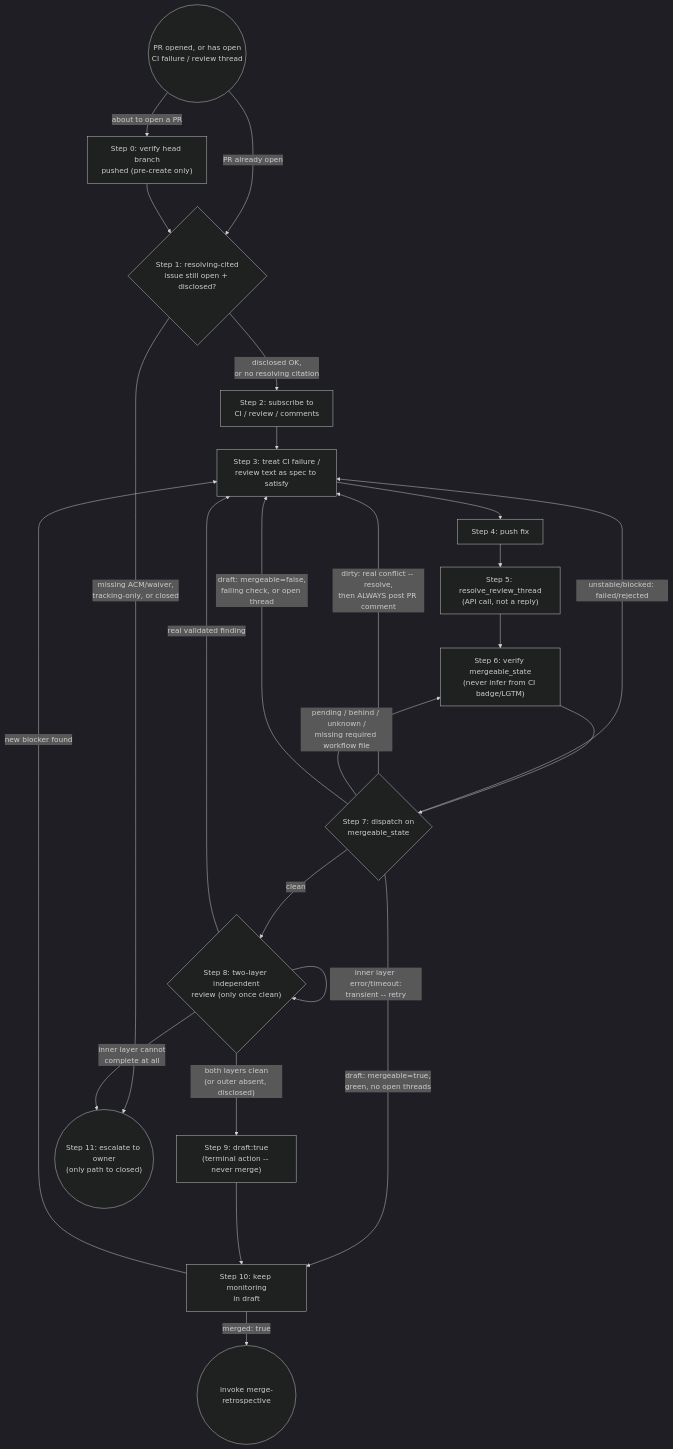
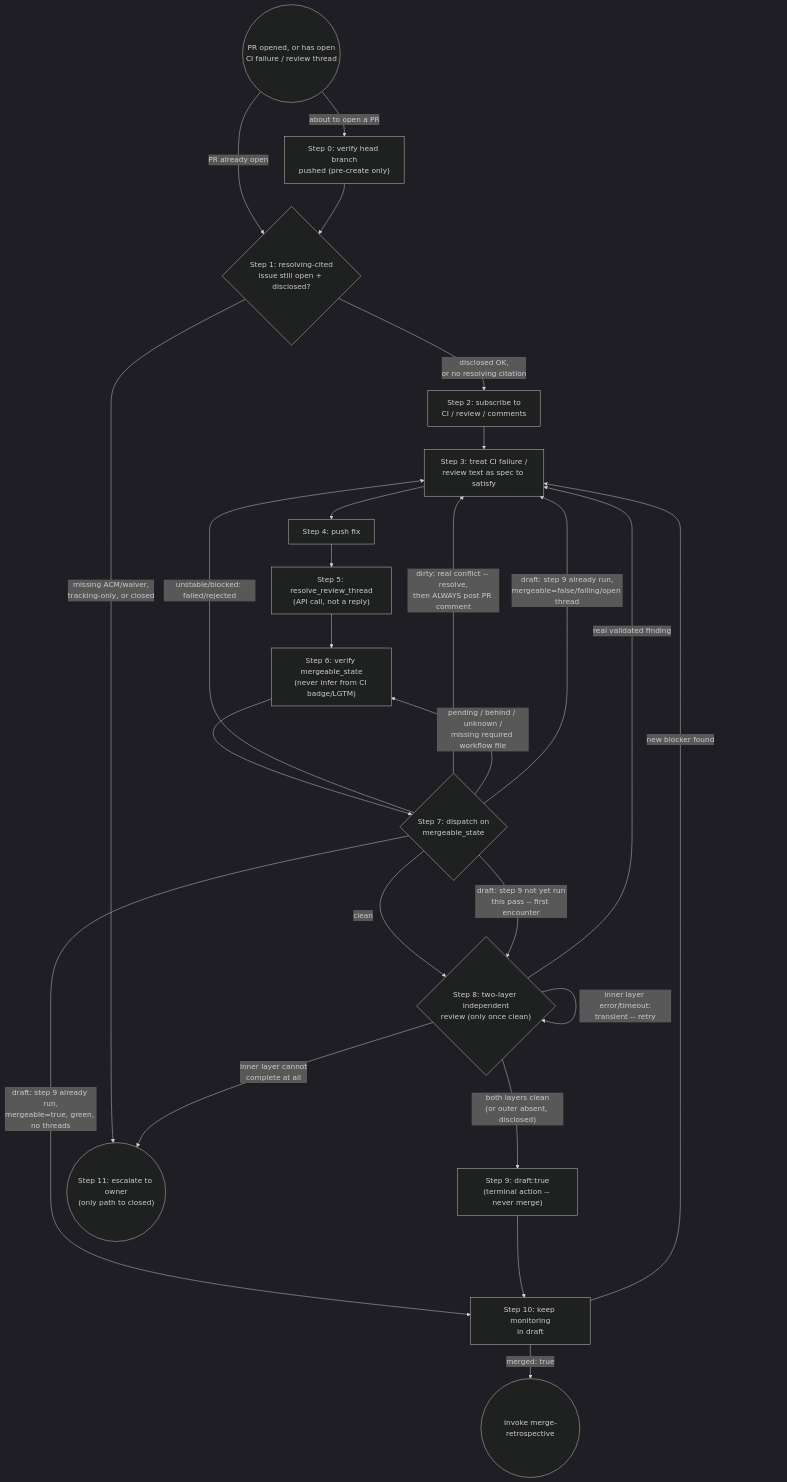
One commit to tvna/gitapex changed the diagram in skills/drafting-a-pr-to-merge/SKILL.md. Above: the diagram before and after it, drawn with Mermaid (dark theme). The commit also changed other lines of this file, not shown here.

````diff
--- a/skills/drafting-a-pr-to-merge/SKILL.md
+++ b/skills/drafting-a-pr-to-merge/SKILL.md
@@ -337,37 +338,38 @@
 ```mermaid
 flowchart TD
     start(("PR opened, or has open<br/>CI failure / review thread"))
     step0["Step 0: verify head branch<br/>pushed (pre-create only)"]
     step1{"Step 1: resolving-cited<br/>issue still open + disclosed?"}
     step2["Step 2: subscribe to<br/>CI / review / comments"]
     step3["Step 3: treat CI failure /<br/>review text as spec to satisfy"]
     step4["Step 4: push fix"]
     step5["Step 5: resolve_review_thread<br/>(API call, not a reply)"]
     step6["Step 6: verify mergeable_state<br/>(never infer from CI badge/LGTM)"]
     step7{"Step 7: dispatch on<br/>mergeable_state"}
     step8{"Step 8: two-layer independent<br/>review (only once clean)"}
     step9["Step 9: draft:true<br/>(terminal action -- never merge)"]
     step10["Step 10: keep monitoring<br/>in draft"]
     step11(("Step 11: escalate to owner<br/>(only path to closed)"))
     retro(("invoke merge-retrospective"))
 
     start -->|"about to open a PR"| step0
     start -->|"PR already open"| step1
     step0 --> step1
     step1 -->|"missing ACM/waiver,<br/>tracking-only, or closed"| step11
     step1 -->|"disclosed OK,<br/>or no resolving citation"| step2
     step2 --> step3 --> step4 --> step5 --> step6 --> step7
     step7 -->|"clean"| step8
     step7 -->|"unstable/blocked: failed/rejected"| step3
     step7 -->|"dirty: real conflict -- resolve,<br/>then ALWAYS post PR comment"| step3
     step7 -->|"pending / behind / unknown /<br/>missing required workflow file"| step6
-    step7 -->|"draft: mergeable=true,<br/>green, no open threads"| step10
-    step7 -->|"draft: mergeable=false,<br/>failing check, or open thread"| step3
+    step7 -->|"draft: step 9 not yet run<br/>this pass -- first encounter"| step8
+    step7 -->|"draft: step 9 already run,<br/>mergeable=true, green, no threads"| step10
+    step7 -->|"draft: step 9 already run,<br/>mergeable=false/failing/open thread"| step3
     step8 -->|"both layers clean<br/>(or outer absent, disclosed)"| step9
     step8 -->|"real validated finding"| step3
     step8 -->|"inner layer error/timeout:<br/>transient -- retry"| step8
     step8 -->|"inner layer cannot<br/>complete at all"| step11
     step9 --> step10
     step10 -->|"new blocker found"| step3
     step10 -->|"merged: true"| retro
 ```
````
